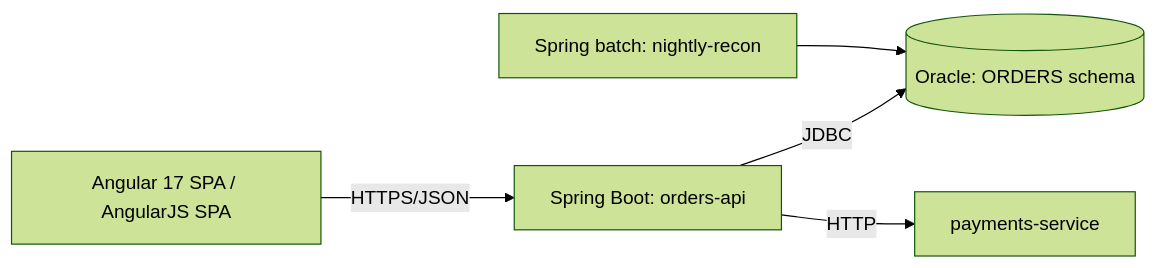
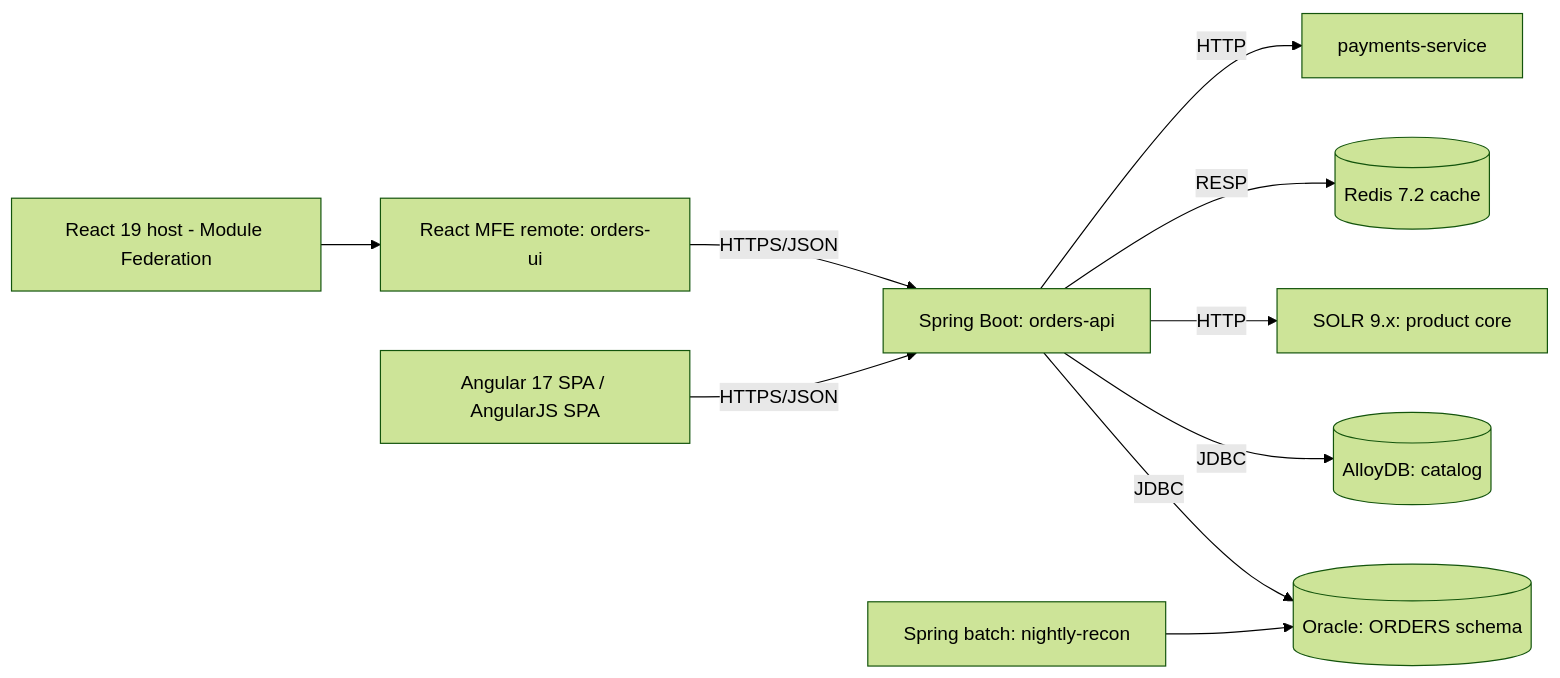
Before and after one commit to loganmcleod/legacy-stabilizer: the first of 2 diagrams in skills/legacy-stabilizer/references/documentation.md, drawn with Mermaid (forest theme). The commit also changed other lines of this file and 46 other files, not shown here.

````diff
--- a/skills/legacy-stabilizer/references/documentation.md
+++ b/skills/legacy-stabilizer/references/documentation.md
@@ -25,7 +27,12 @@
 ```mermaid
 flowchart LR
+  SHELL[React 19 host - Module Federation] --> REMOTE[React MFE remote: orders-ui]
   UI[Angular 17 SPA / AngularJS SPA] -->|HTTPS/JSON| API[Spring Boot: orders-api]
+  REMOTE -->|HTTPS/JSON| API
   API -->|JDBC| ORA[(Oracle: ORDERS schema)]
+  API -->|JDBC| ALLOY[(AlloyDB: catalog)]
+  API -->|HTTP| SOLR[SOLR 9.x: product core]
+  API -->|RESP| REDIS[(Redis 7.2 cache)]
   API -->|HTTP| PAY[payments-service]
   JOB[Spring batch: nightly-recon] --> ORA
 ```
````
